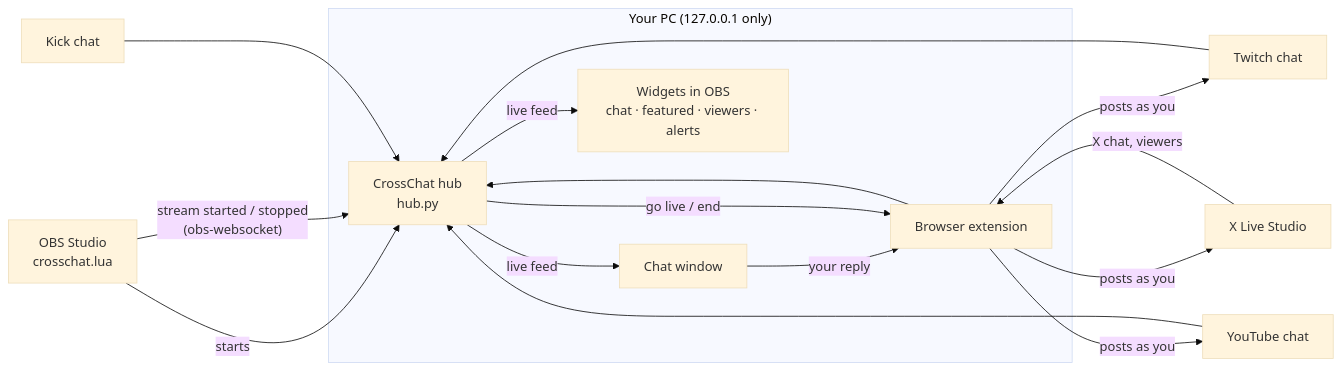
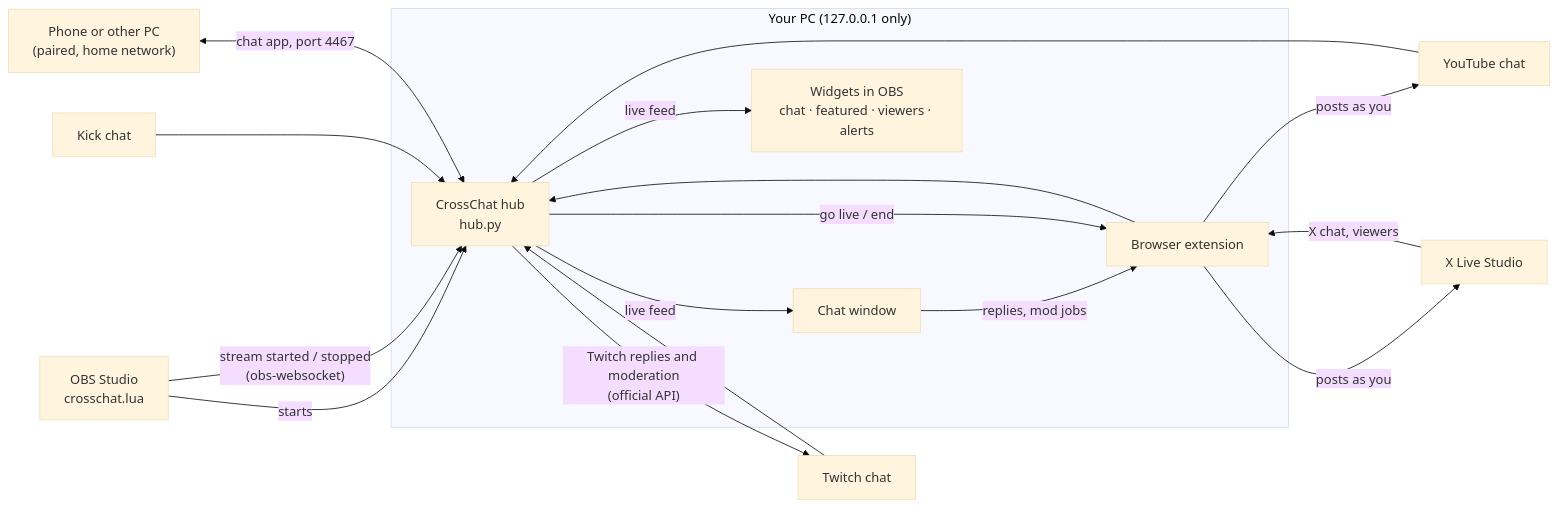
The diagram in README.md (RandyNorthrup/crosschat-obs), drawn with Mermaid (base theme) before and after one commit. The commit also changed other lines of this file and 28 other files, not shown here.

First line of the commit message:
CrossChat 1.1.0: companion on your phone, moderation, Twitch API

````diff
--- a/README.md
+++ b/README.md
@@ -209,20 +227,22 @@
 ```mermaid
 flowchart LR
   OBS["OBS Studio<br/>crosschat.lua"] -- starts --> HUB
   OBS -- "stream started / stopped<br/>(obs-websocket)" --> HUB
   subgraph PC["Your PC (127.0.0.1 only)"]
     HUB["CrossChat hub<br/>hub.py"]
     WIN["Chat window"]
     WID["Widgets in OBS<br/>chat · featured · viewers · alerts"]
     EXT["Browser extension"]
   end
   TW["Twitch chat"] --> HUB
   YT["YouTube chat"] --> HUB
   KI["Kick chat"] --> HUB
+  PH["Phone or other PC<br/>(paired, home network)"] <-- "chat app, port 4467" --> HUB
   HUB -- live feed --> WIN
   HUB -- live feed --> WID
-  WIN -- your reply --> EXT
-  EXT -- posts as you --> TW & YT & XS["X Live Studio"]
+  WIN -- "replies, mod jobs" --> EXT
+  HUB -- "Twitch replies and moderation<br/>(official API)" --> TW
+  EXT -- posts as you --> YT & XS["X Live Studio"]
   XS -- "X chat, viewers" --> EXT --> HUB
   HUB -- "go live / end" --> EXT
 ```
````
